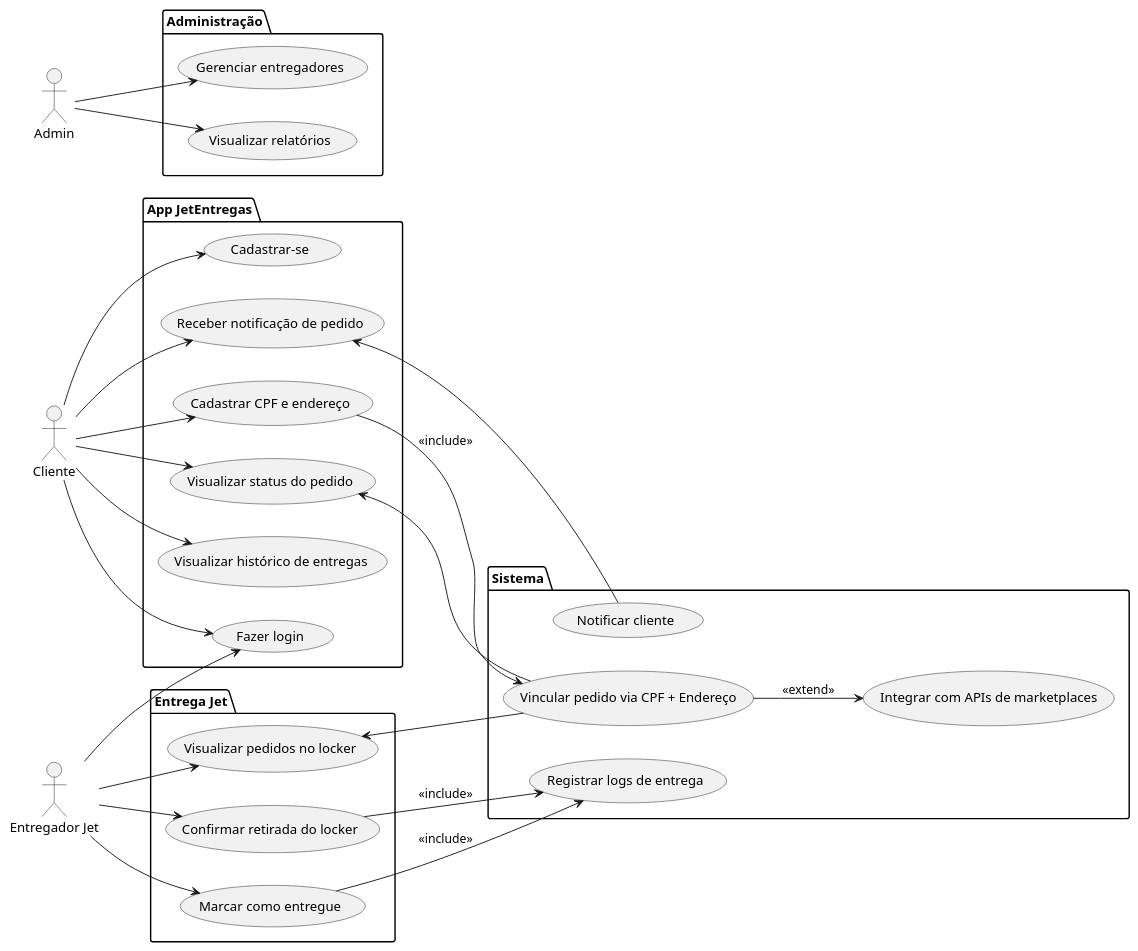
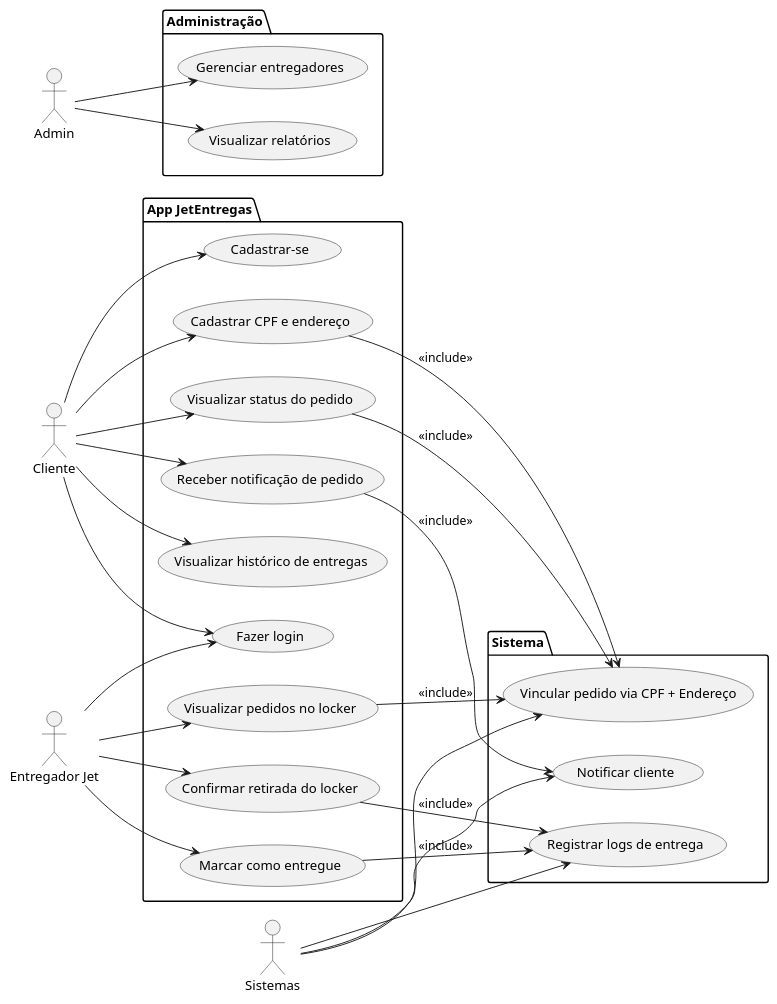
One commit to Projetos-de-Extensao/PBE_25.1_8001_V changed the diagram in docs/assets/Casos_de_Uso/diagramaDeCasoDeUso.plantuml. Above: the diagram before and after it, drawn with PlantUML. The commit also changed 4 other files, not shown here.

```diff
--- a/docs/assets/Casos_de_Uso/diagramaDeCasoDeUso.plantuml
+++ b/docs/assets/Casos_de_Uso/diagramaDeCasoDeUso.plantuml
@@ -1,60 +1,65 @@
 @startuml
 left to right direction
 
 actor Cliente
 actor "Entregador Jet" as Entregador
-actor Sistema
 actor Admin
+
 
 package "App JetEntregas" {
     usecase "Cadastrar-se" as UC01
     usecase "Fazer login" as UC02
     usecase "Cadastrar CPF e endereço" as UC03
     usecase "Receber notificação de pedido" as UC04
     usecase "Visualizar status do pedido" as UC05
     usecase "Visualizar histórico de entregas" as UC06
-}
-
-package "Entrega Jet" {
     usecase "Visualizar pedidos no locker" as UC08
     usecase "Confirmar retirada do locker" as UC09
     usecase "Marcar como entregue" as UC10
+}
+
+
+
+package "Administração" {
+    usecase "Gerenciar entregadores" as UC15
+    usecase "Visualizar relatórios" as UC16
 }
 
 package "Sistema" {
     usecase "Vincular pedido via CPF + Endereço" as UC11
     usecase "Notificar cliente" as UC13
     usecase "Registrar logs de entrega" as UC14
-    usecase "Integrar com APIs de marketplaces" as UC12
 }
 
-package "Administração" {
-    usecase "Gerenciar entregadores" as UC15
-    usecase "Visualizar relatórios" as UC16
-}
+actor Sistemas
 
 Cliente --> UC01
 Cliente --> UC02
 Cliente --> UC03
 Cliente --> UC04
 Cliente --> UC05
 Cliente --> UC06
 
 Entregador --> UC02
 Entregador --> UC08
 Entregador --> UC09
 Entregador --> UC10
 
-UC04 <-- UC13
-UC05 <-- UC11
-UC08 <-- UC11
+
+
+UC04 --> UC13 : <<include>>
+UC05 --> UC11 : <<include>>
+UC08 --> UC11 : <<include>>
 UC03 --> UC11 : <<include>>
-UC11 --> UC12 : <<extend>>
 
 UC09 --> UC14 : <<include>>
 UC10 --> UC14 : <<include>>
 
 Admin --> UC15
 Admin --> UC16
 
+Sistemas --> UC11
+Sistemas --> UC13
+Sistemas --> UC14
+
 @enduml
```
